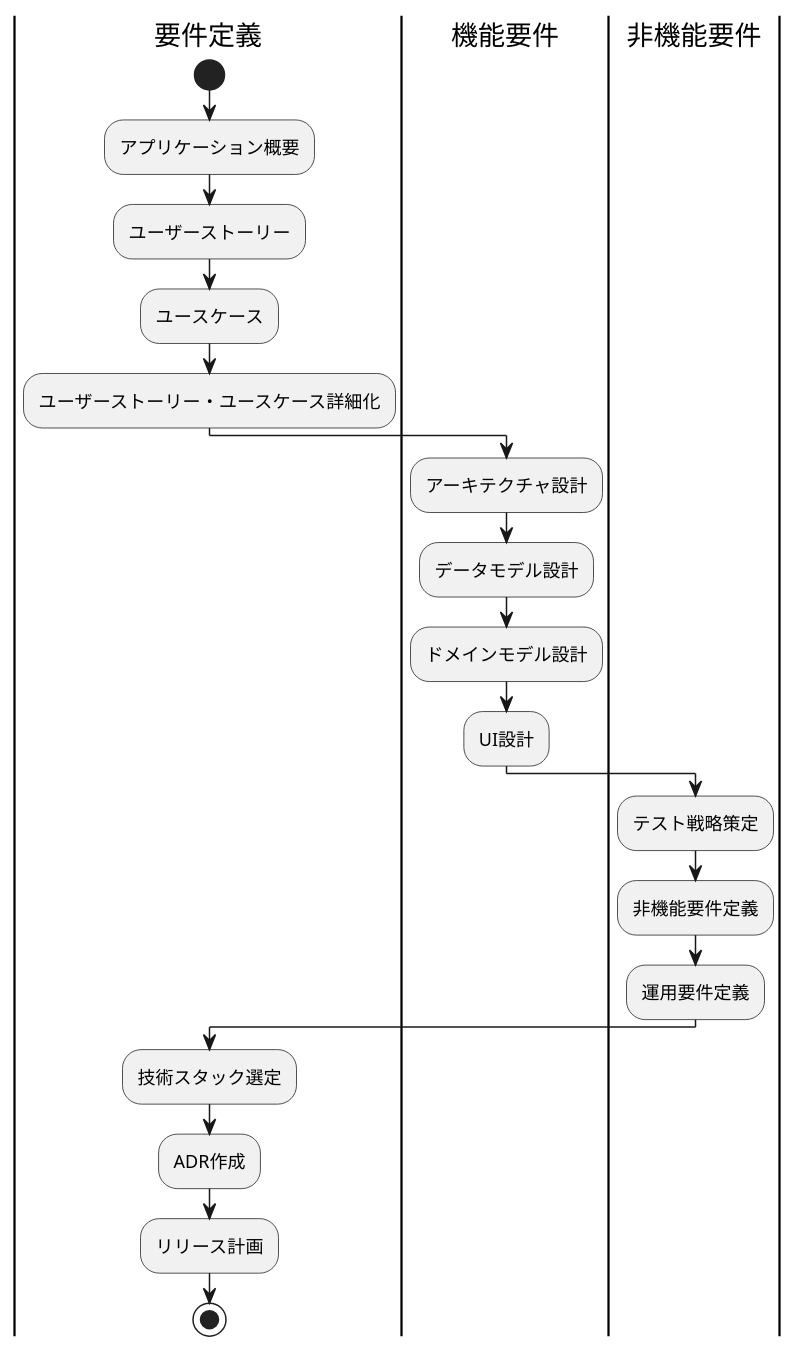
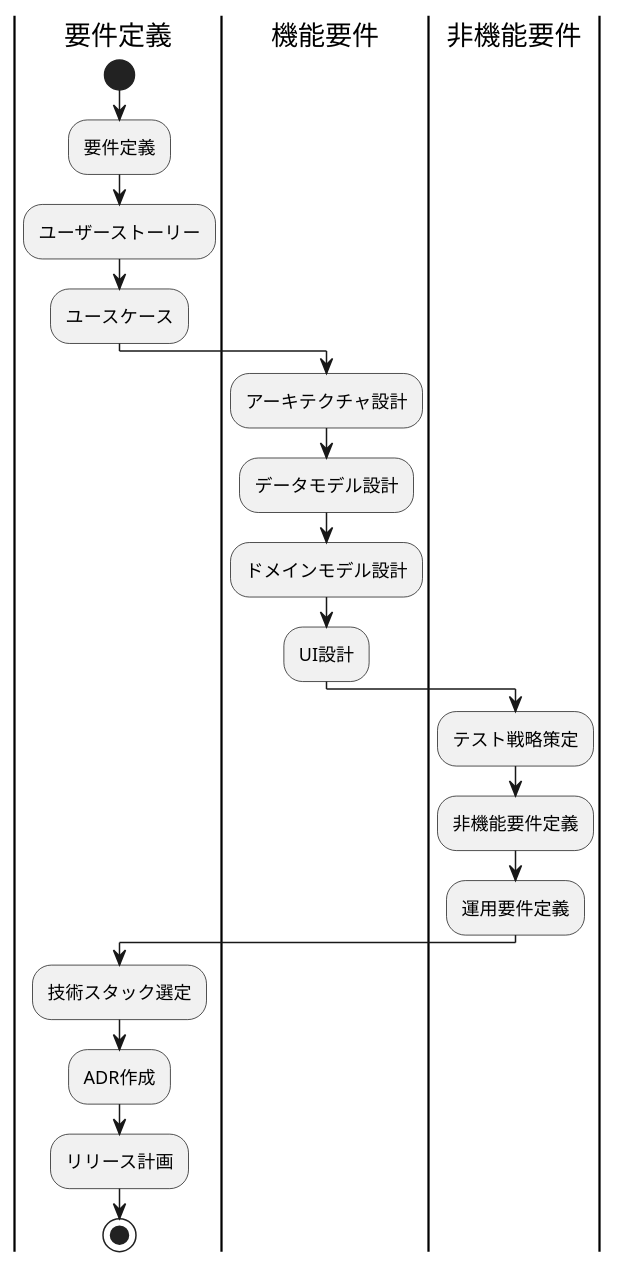
Before and after one commit to k2works/ai-programing-exercise: the second of 13 diagrams in CLAUDE.md, drawn with PlantUML. The commit also changed other lines of this file and 2 other files, not shown here.

````diff
--- a/CLAUDE.md
+++ b/CLAUDE.md
@@ -45,29 +78,28 @@
 ```plantuml
 @startuml "Phase 1"
 |要件定義|
 start
-:アプリケーション概要;
+:要件定義;
 :ユーザーストーリー;
 :ユースケース;
-:ユーザーストーリー・ユースケース詳細化;
 
 |機能要件|
 :アーキテクチャ設計;
 :データモデル設計;
 :ドメインモデル設計;
 :UI設計;
 
 |非機能要件|
 :テスト戦略策定;
 :非機能要件定義;
 :運用要件定義;
 
 |要件定義|
 :技術スタック選定;
 :ADR作成;
 :リリース計画;
 
 stop
 
 @enduml
 ```
````
